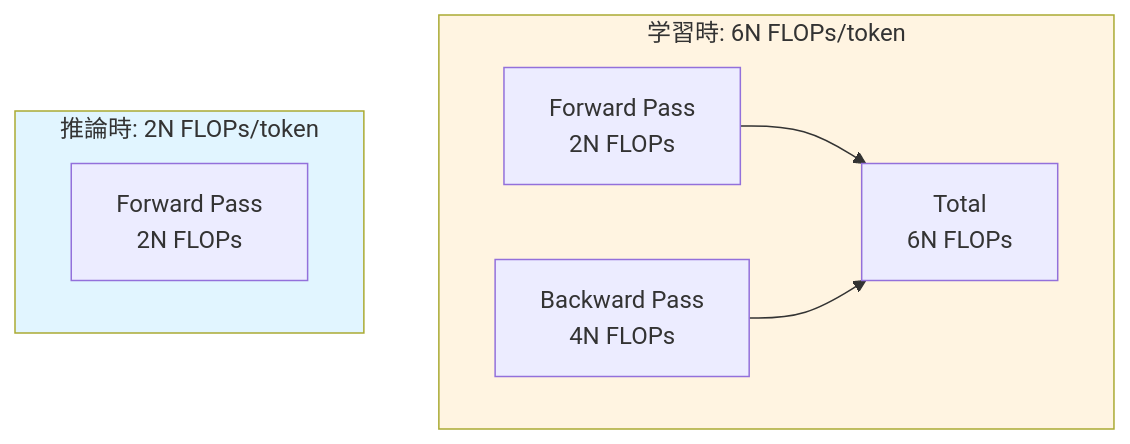
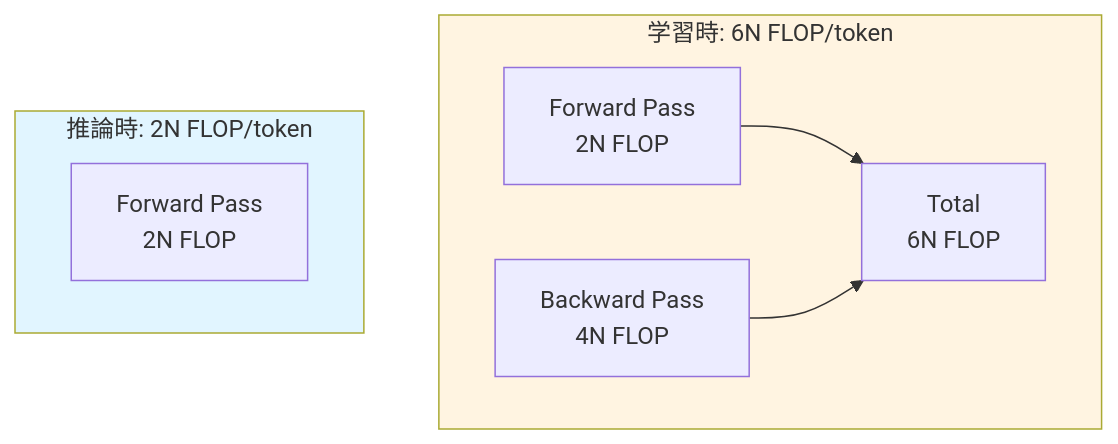
The third of 4 diagrams in books/distributed-experiment-collection/background.md (littlemex/zenn), drawn with Mermaid before and after one commit. The commit also changed other lines of this file, not shown here.

````diff
--- a/books/distributed-experiment-collection/background.md
+++ b/books/distributed-experiment-collection/background.md
@@ -316,14 +320,14 @@
 ```mermaid
 graph TB
-    subgraph Training["学習時: 6N FLOPs/token"]
-    A[Forward Pass<br/>2N FLOPs] --> C[Total<br/>6N FLOPs]
-    B[Backward Pass<br/>4N FLOPs] --> C
+    subgraph Training["学習時: 6N FLOP/token"]
+    A[Forward Pass<br/>2N FLOP] --> C[Total<br/>6N FLOP]
+    B[Backward Pass<br/>4N FLOP] --> C
     end
     
-    subgraph Inference["推論時: 2N FLOPs/token"]
-    D[Forward Pass<br/>2N FLOPs]
+    subgraph Inference["推論時: 2N FLOP/token"]
+    D[Forward Pass<br/>2N FLOP]
     end
     
     style Training fill:#fff4e1
     style Inference fill:#e1f5ff
 ```
````
